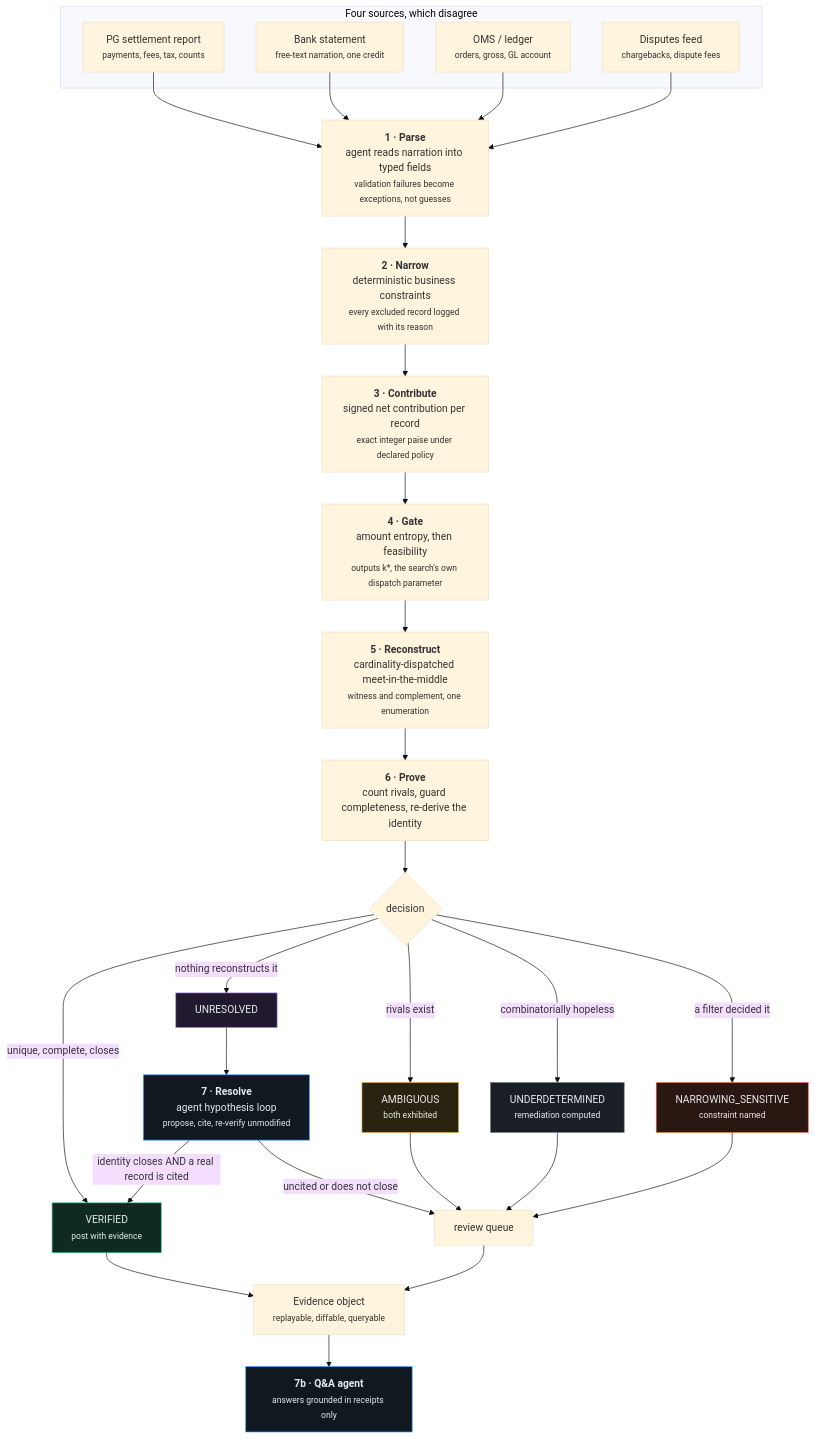
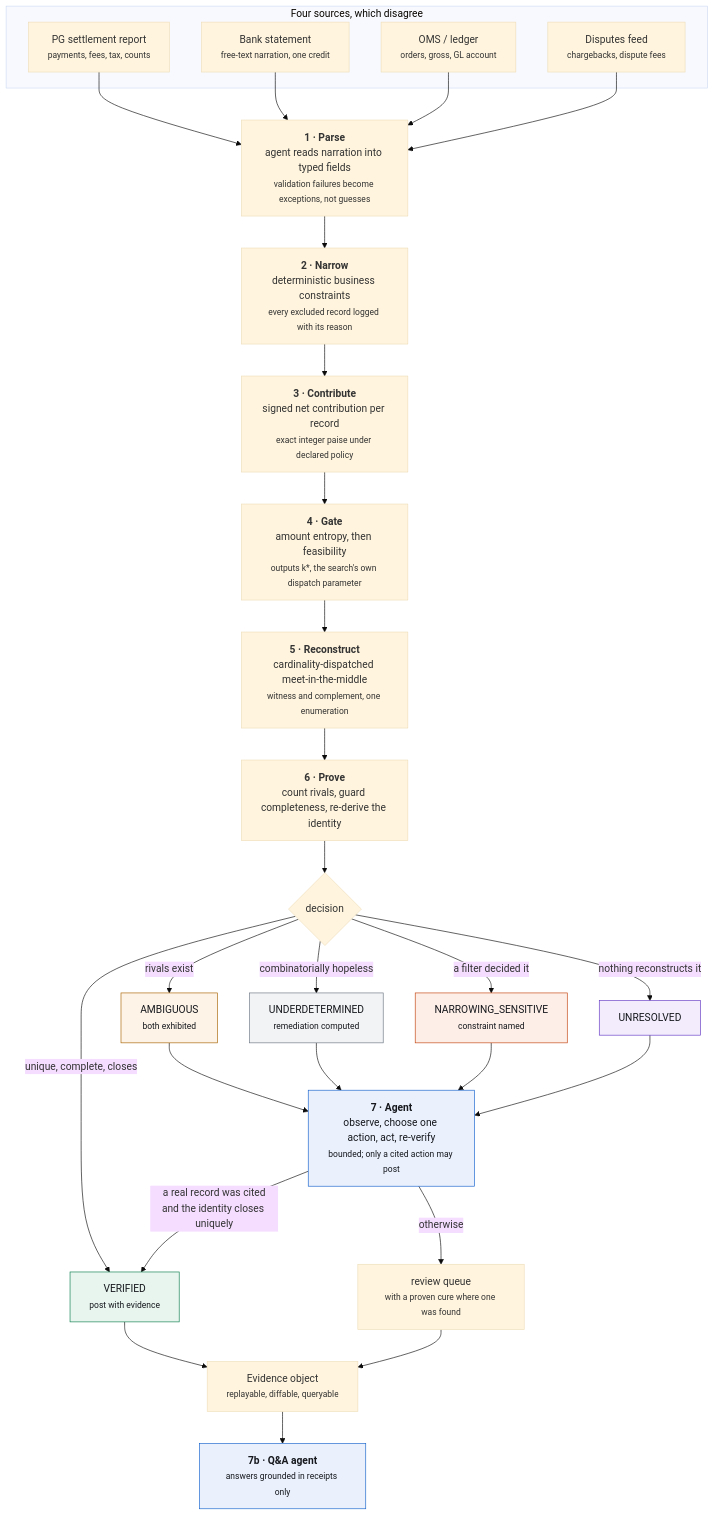
The first of 6 diagrams in README.md (Rishi0507/Manhattan), drawn with Mermaid (base theme) before and after one commit. The commit also changed other lines of this file and 13 other files, not shown here.

Commit message:
agent: a controller loop over a typed action space

````diff
--- a/README.md
+++ b/README.md
@@ -92,50 +92,50 @@
 ```mermaid
 flowchart TB
     subgraph SRC["Four sources, which disagree"]
         PG["PG settlement report<br/><small>payments, fees, tax, counts</small>"]
         BANK["Bank statement<br/><small>free-text narration, one credit</small>"]
         OMS["OMS / ledger<br/><small>orders, gross, GL account</small>"]
         DIS["Disputes feed<br/><small>chargebacks, dispute fees</small>"]
     end
 
     PG --> S1
     BANK --> S1
     OMS --> S1
     DIS --> S1
 
     S1["<b>1 · Parse</b><br/>agent reads narration into typed fields<br/><small>validation failures become exceptions, not guesses</small>"]
     S2["<b>2 · Narrow</b><br/>deterministic business constraints<br/><small>every excluded record logged with its reason</small>"]
     S3["<b>3 · Contribute</b><br/>signed net contribution per record<br/><small>exact integer paise under declared policy</small>"]
     S4["<b>4 · Gate</b><br/>amount entropy, then feasibility<br/><small>outputs k*, the search's own dispatch parameter</small>"]
     S5["<b>5 · Reconstruct</b><br/>cardinality-dispatched meet-in-the-middle<br/><small>witness and complement, one enumeration</small>"]
     S6["<b>6 · Prove</b><br/>count rivals, guard completeness, re-derive the identity"]
 
     S1 --> S2 --> S3 --> S4 --> S5 --> S6
     S6 --> D{"decision"}
 
     D -->|"unique, complete, closes"| V["VERIFIED<br/><small>post with evidence</small>"]
     D -->|"rivals exist"| A["AMBIGUOUS<br/><small>both exhibited</small>"]
     D -->|"combinatorially hopeless"| U["UNDERDETERMINED<br/><small>remediation computed</small>"]
     D -->|"a filter decided it"| NS["NARROWING_SENSITIVE<br/><small>constraint named</small>"]
     D -->|"nothing reconstructs it"| UR["UNRESOLVED"]
 
-    UR --> S7["<b>7 · Resolve</b><br/>agent hypothesis loop<br/><small>propose, cite, re-verify unmodified</small>"]
-    S7 -->|"identity closes AND a real record is cited"| V
-    S7 -->|"uncited or does not close"| REV["review queue"]
+    A --> S7
+    U --> S7
+    NS --> S7
+    UR --> S7["<b>7 · Agent</b><br/>observe, choose one action, act, re-verify<br/><small>bounded; only a cited action may post</small>"]
 
-    A --> REV
-    U --> REV
-    NS --> REV
+    S7 -->|"a real record was cited<br/>and the identity closes uniquely"| V
+    S7 -->|"otherwise"| REV["review queue<br/><small>with a proven cure where one was found</small>"]
 
     V --> EV["Evidence object<br/><small>replayable, diffable, queryable</small>"]
     REV --> EV
     EV --> QA["<b>7b · Q&amp;A agent</b><br/><small>answers grounded in receipts only</small>"]
 
-    style V fill:#0f2a1e,stroke:#35c88a,color:#e6eaf0
-    style A fill:#2a2310,stroke:#e0a83a,color:#e6eaf0
-    style U fill:#1a1f26,stroke:#6b7c94,color:#e6eaf0
-    style NS fill:#2a1712,stroke:#f0714f,color:#e6eaf0
-    style UR fill:#211a2e,stroke:#9b7ce8,color:#e6eaf0
-    style S7 fill:#101820,stroke:#3395ff,color:#e6eaf0
-    style QA fill:#101820,stroke:#3395ff,color:#e6eaf0
+    style V fill:#e7f5ee,stroke:#0a7d4e,color:#16181d
+    style A fill:#fdf3e7,stroke:#a76100,color:#16181d
+    style U fill:#f1f3f5,stroke:#6b7480,color:#16181d
+    style NS fill:#fdeee7,stroke:#c2410c,color:#16181d
+    style UR fill:#f2ecfc,stroke:#6335c4,color:#16181d
+    style S7 fill:#eaf1fd,stroke:#1461cc,color:#16181d
+    style QA fill:#eaf1fd,stroke:#1461cc,color:#16181d
 ```
````
